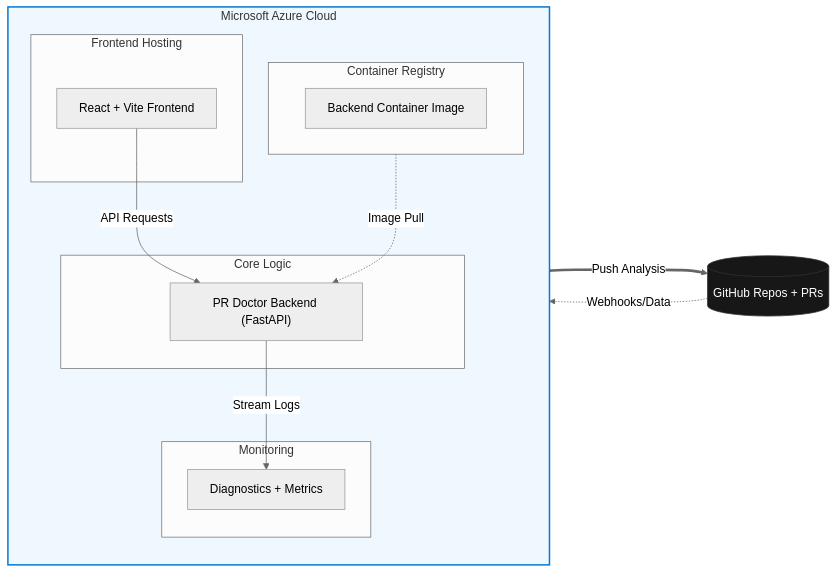
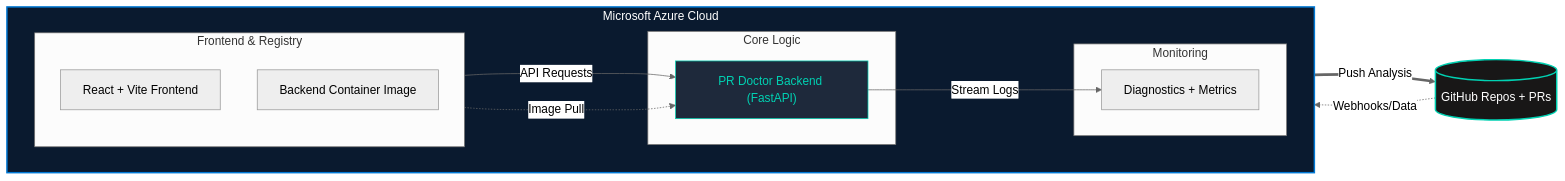
The second of 2 diagrams in README.md (M10vir/pr-doctor), drawn with Mermaid (neutral theme) before and after one commit.

Commit message:
Update README for submission

````diff
--- a/README.md
+++ b/README.md
@@ -55,36 +55,38 @@
 ```mermaid
 flowchart LR
     subgraph Azure["Microsoft Azure Cloud"]
-        direction TB
+        direction LR
         
-        subgraph SWA["Frontend Hosting"]
-            Frontend["React + Vite Frontend"]
+        subgraph Ingress["Frontend & Registry"]
+            direction TB
+            SWA["React + Vite Frontend"]
+            ACR["Backend Container Image"]
         end
 
-        subgraph ACR["Container Registry"]
-            Images["Backend Container Image"]
-        end
-
-        subgraph ACA["Core Logic"]
+        subgraph Core["Core Logic"]
             Backend["PR Doctor Backend (FastAPI)"]
         end
 
-        subgraph LAW["Monitoring"]
-            Logs["Diagnostics + Metrics"]
+        subgraph Ops["Monitoring"]
+            LAW["Diagnostics + Metrics"]
         end
     end
 
     %% External System
     GitHub[("GitHub Repos + PRs")]
 
-    %% Optimized Connections
-    Frontend -->|API Requests| Backend
+    %% Straightened Connections
+    SWA --->|API Requests| Backend
     ACR -.->|Image Pull| Backend
-    Backend ===>|Push Analysis| GitHub
+    
+    %% Bidirectional logic separated for clarity
+    Backend ==>|Push Analysis| GitHub
     GitHub -.->|Webhooks/Data| Backend
-    Backend -->|Stream Logs| Logs
+    
+    Backend --->|Stream Logs| LAW
 
-    %% Styling for clarity
-    style GitHub fill:#181717,color:#fff,stroke:#333
-    style Azure fill:#f0f8ff,stroke:#0078D4,stroke-width:2px
+    %% Professional Styling
+    style GitHub fill:#181717,color:#fff,stroke:#00D1B2,stroke-width:2px
+    style Azure fill:#0A1A2F,color:#fff,stroke:#0078D4,stroke-width:2px
+    style Backend fill:#1e293b,color:#00D1B2,stroke:#00D1B2
 ```
````
